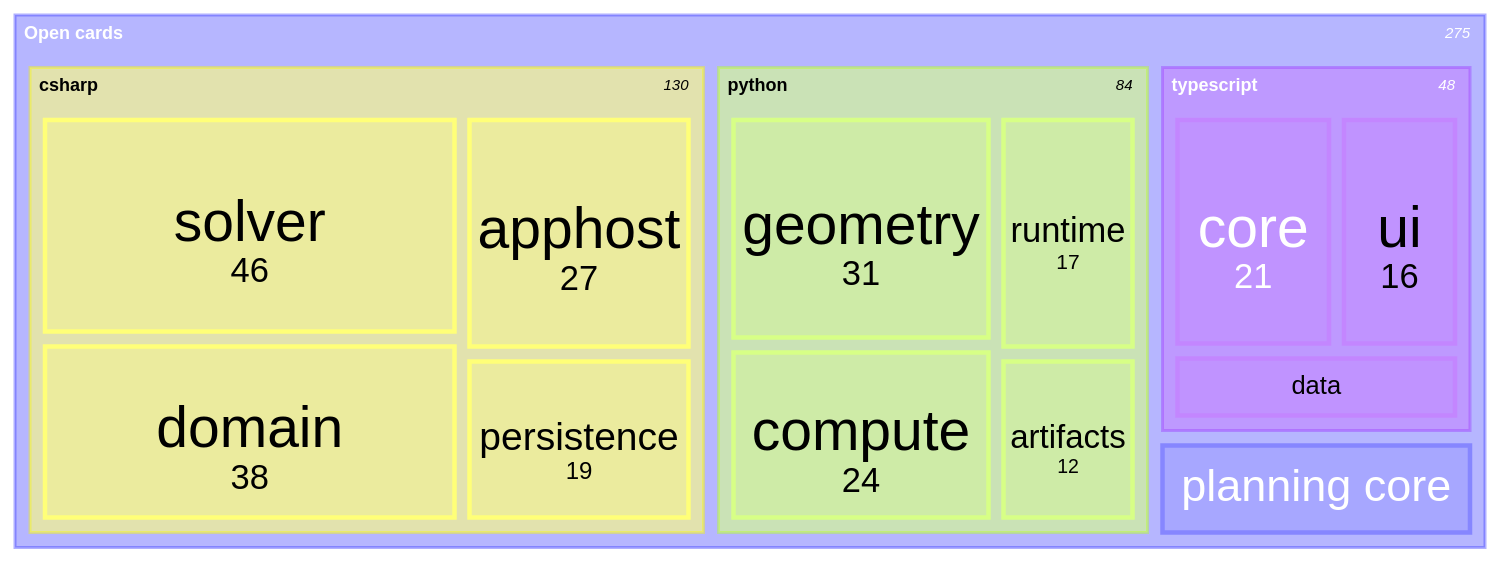
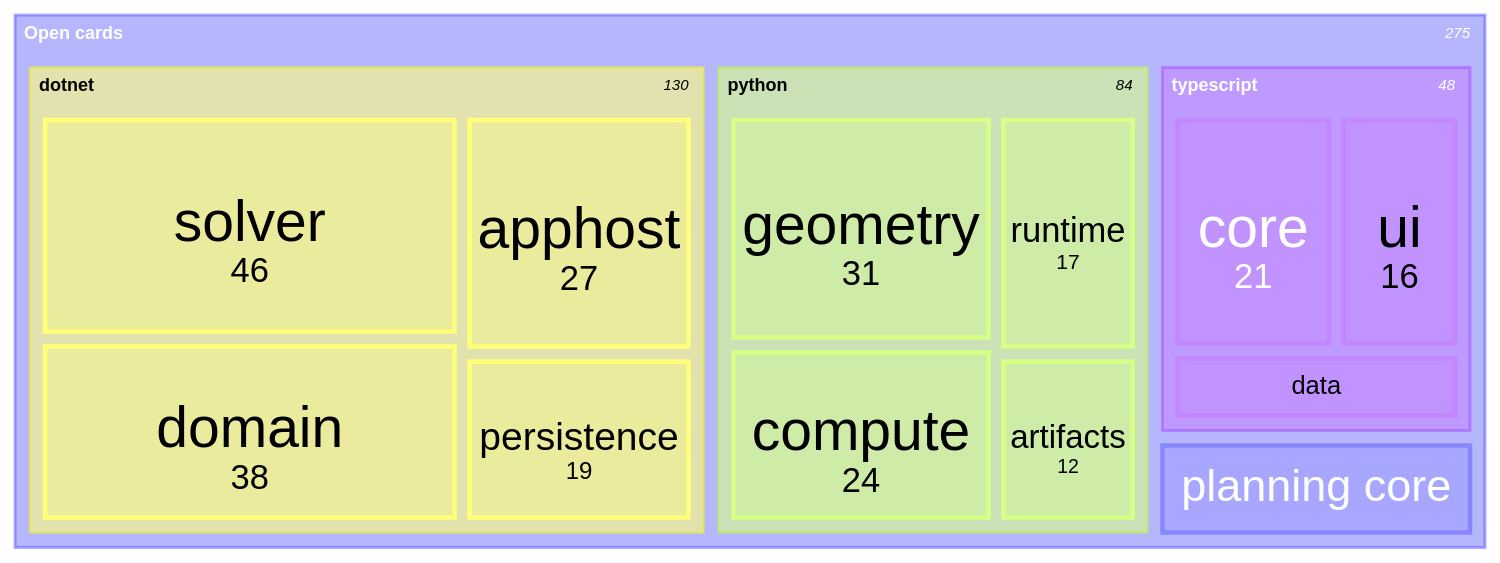
The diagram in .claude/skills/mermaid-diagramming/templates/decomposition.mmd.md (bsamiee/Rasm), drawn with Mermaid before and after one commit. The commit also changed 1716 other files, not shown here.

````diff
--- a/.claude/skills/mermaid-diagramming/templates/decomposition.mmd.md
+++ b/.claude/skills/mermaid-diagramming/templates/decomposition.mmd.md
@@ -5,27 +5,27 @@
 ```mermaid
 ---
 config:
   treemap:
     showValues: true
     valueFormat: ','
 ---
 treemap-beta
 accTitle: Open planning work decomposition
 accDescr: Open card counts decomposed across the three language branches and the shared planning core, so tile area answers where the remaining work concentrates.
 "Open cards"
-    "csharp"
+    "dotnet"
         "solver": 46
         "domain": 38
         "apphost": 27
         "persistence": 19
     "python"
         "geometry": 31
         "compute": 24
         "runtime": 17
         "artifacts": 12
     "typescript"
         "core": 21
         "ui": 16
         "data": 11
     "planning core": 13
 ```
````
